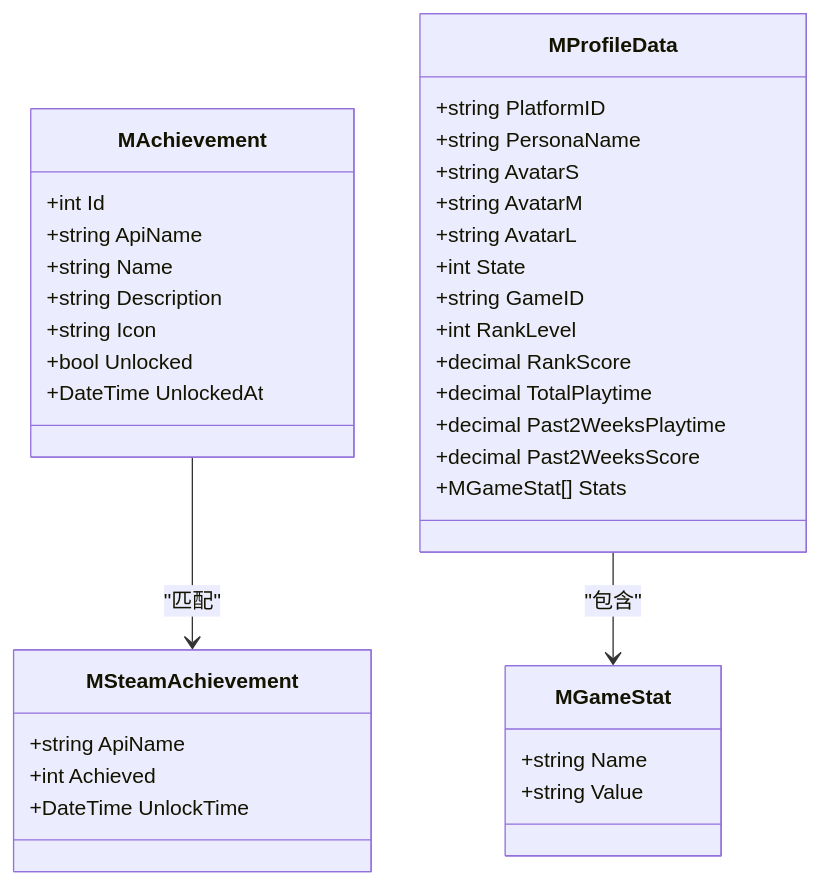
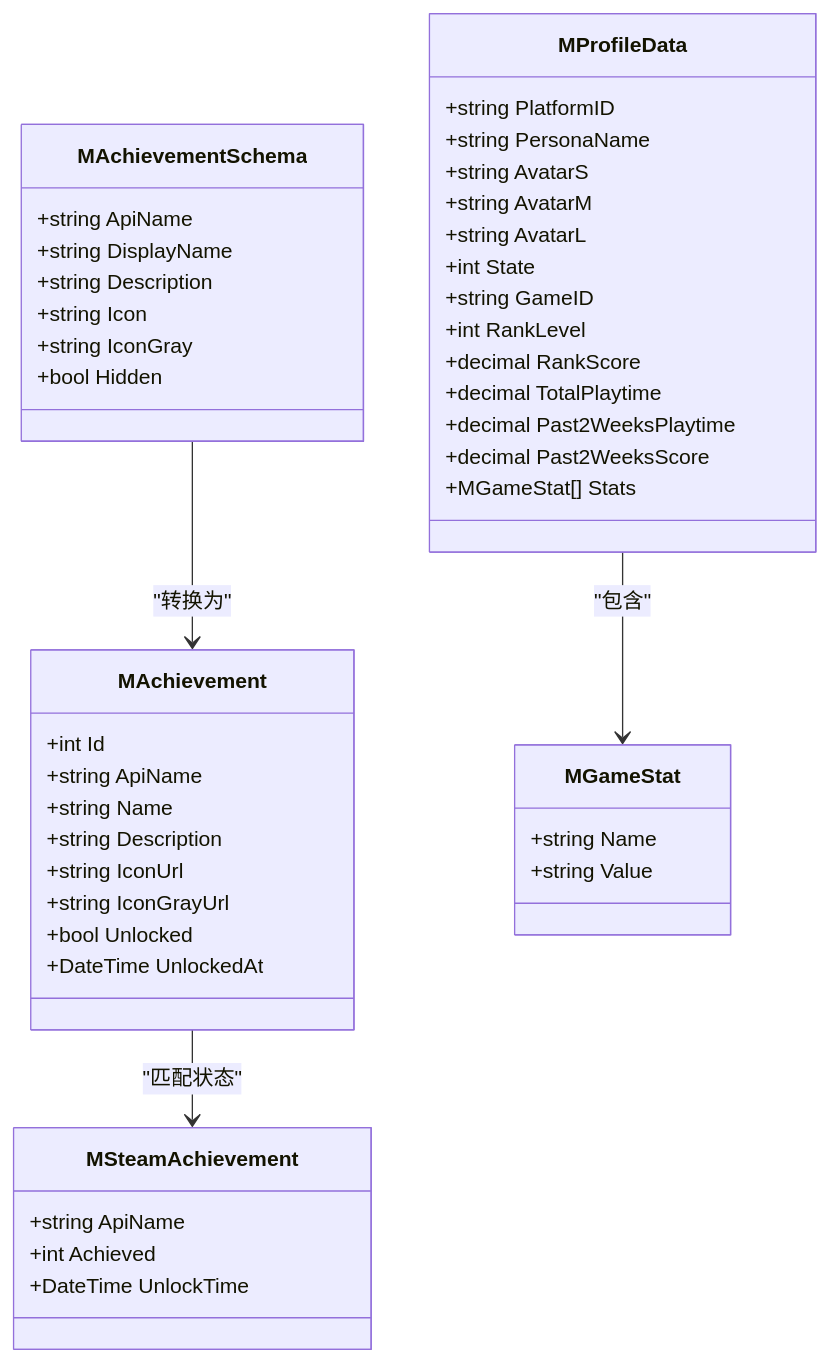
The third of 6 diagrams in .qoder/repowiki/zh/content/后端 API 服务/用户管理模块/成就系统.md (TinyMaD/SpeedRunnersLab), drawn with Mermaid before and after one commit. The commit also changed other lines of this file and 9 other files, not shown here.

````diff
--- a/.qoder/repowiki/zh/content/后端 API 服务/用户管理模块/成就系统.md
+++ b/.qoder/repowiki/zh/content/后端 API 服务/用户管理模块/成就系统.md
@@ -150,38 +192,48 @@
 ```mermaid
 classDiagram
 class MAchievement {
 +int Id
 +string ApiName
 +string Name
 +string Description
-+string Icon
++string IconUrl
++string IconGrayUrl
 +bool Unlocked
 +DateTime UnlockedAt
+}
+class MAchievementSchema {
++string ApiName
++string DisplayName
++string Description
++string Icon
++string IconGray
++bool Hidden
 }
 class MSteamAchievement {
 +string ApiName
 +int Achieved
 +DateTime UnlockTime
 }
 class MProfileData {
 +string PlatformID
 +string PersonaName
 +string AvatarS
 +string AvatarM
 +string AvatarL
 +int State
 +string GameID
 +int RankLevel
 +decimal RankScore
 +decimal TotalPlaytime
 +decimal Past2WeeksPlaytime
 +decimal Past2WeeksScore
 +MGameStat[] Stats
 }
 class MGameStat {
 +string Name
 +string Value
 }
-MAchievement --> MSteamAchievement : "匹配"
+MAchievement --> MSteamAchievement : "匹配状态"
+MAchievementSchema --> MAchievement : "转换为"
 MProfileData --> MGameStat : "包含"
 ```
````
